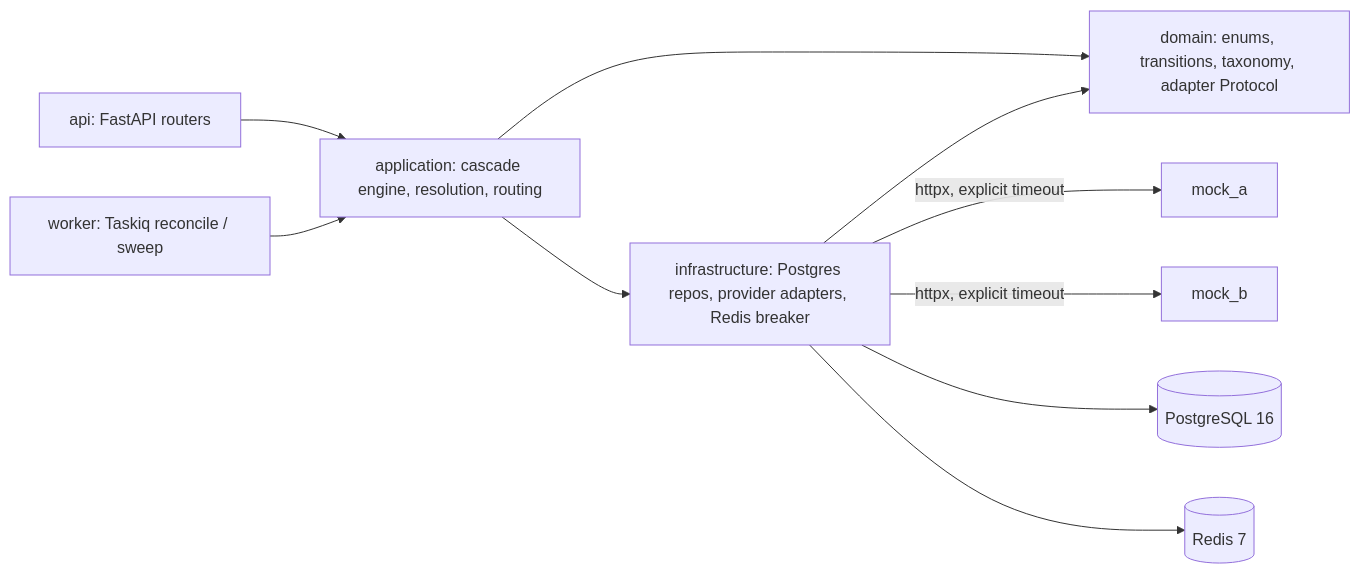
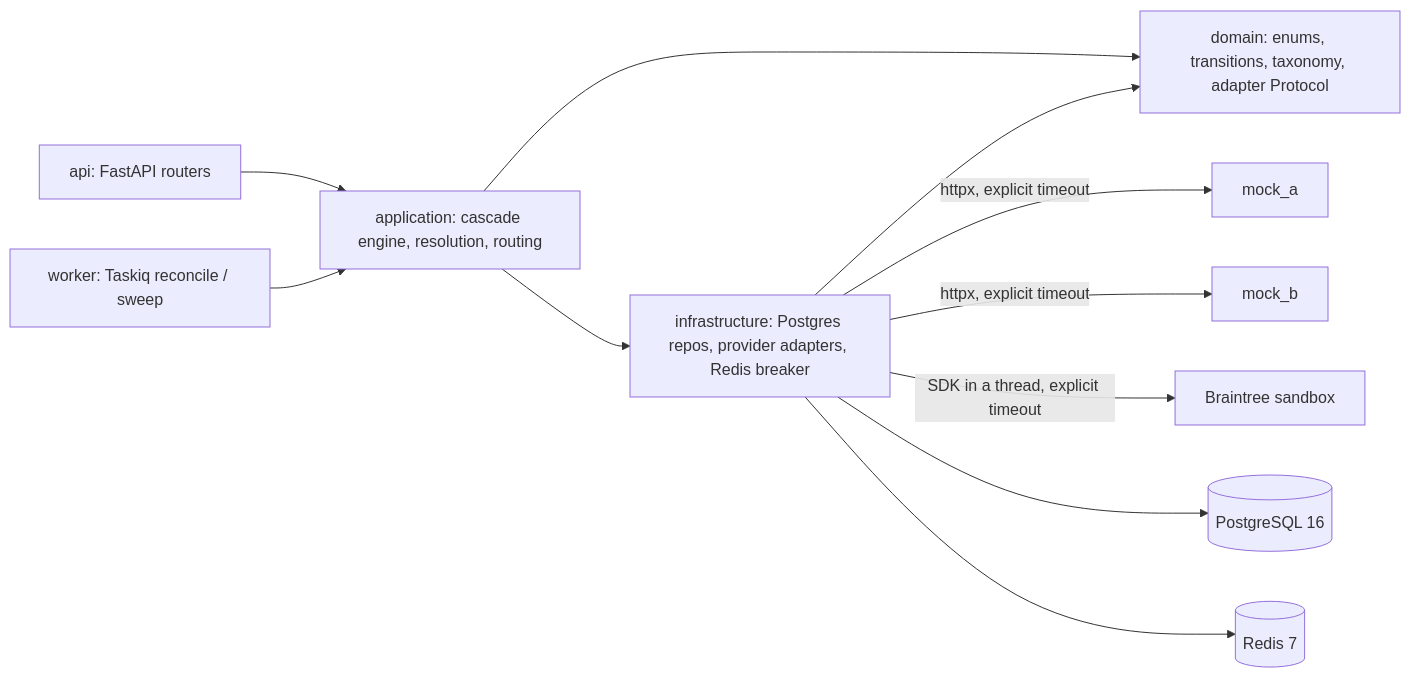
One commit to Bucha11/test-payments-system changed the first of 3 diagrams in DESIGN.md. Above: the diagram before and after it, drawn with Mermaid. The commit also changed other lines of this file and 19 other files, not shown here.

````diff
--- a/DESIGN.md
+++ b/DESIGN.md
@@ -10,12 +10,13 @@
 ```mermaid
 flowchart LR
     API[api: FastAPI routers] --> APP[application: cascade engine, resolution, routing]
     W[worker: Taskiq reconcile / sweep] --> APP
     APP --> DOM[domain: enums, transitions, taxonomy, adapter Protocol]
     APP --> INF[infrastructure: Postgres repos, provider adapters, Redis breaker]
     INF --> DOM
     INF -->|httpx, explicit timeout| MA[mock_a]
     INF -->|httpx, explicit timeout| MB[mock_b]
+    INF -->|SDK in a thread, explicit timeout| BT[Braintree sandbox]
     INF --> PG[(PostgreSQL 16)]
     INF --> RD[(Redis 7)]
 ```
````
